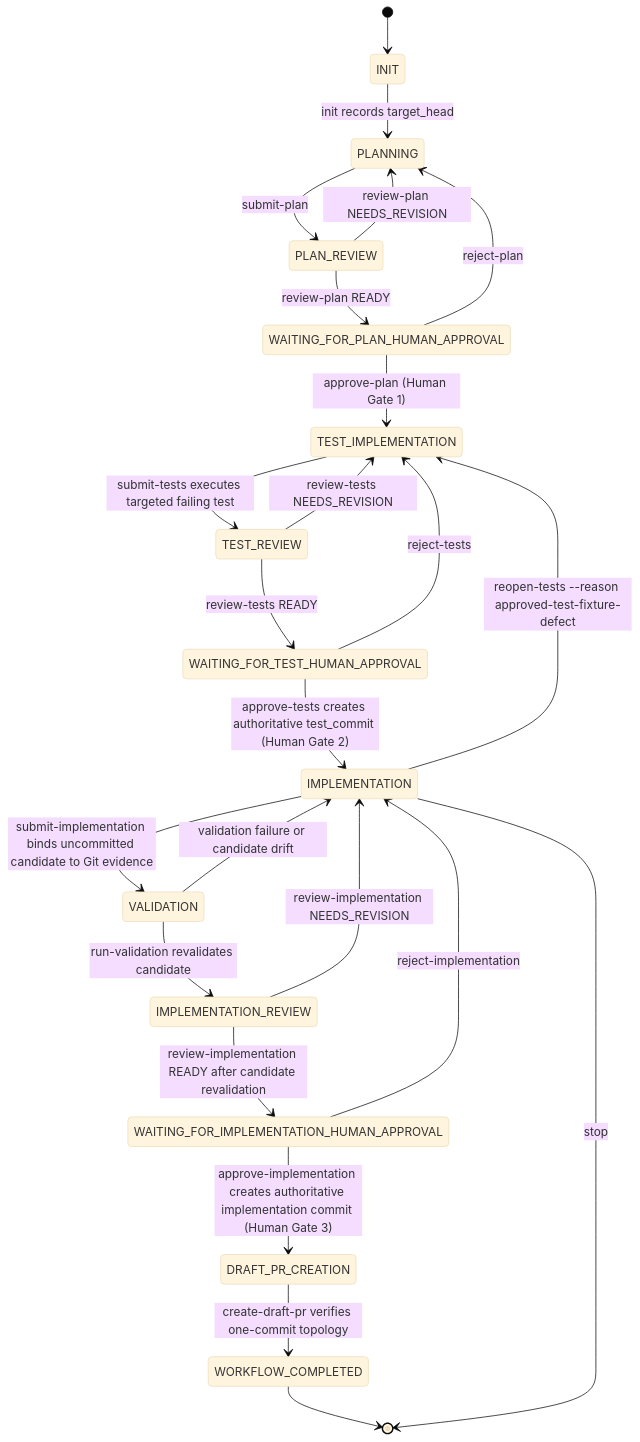
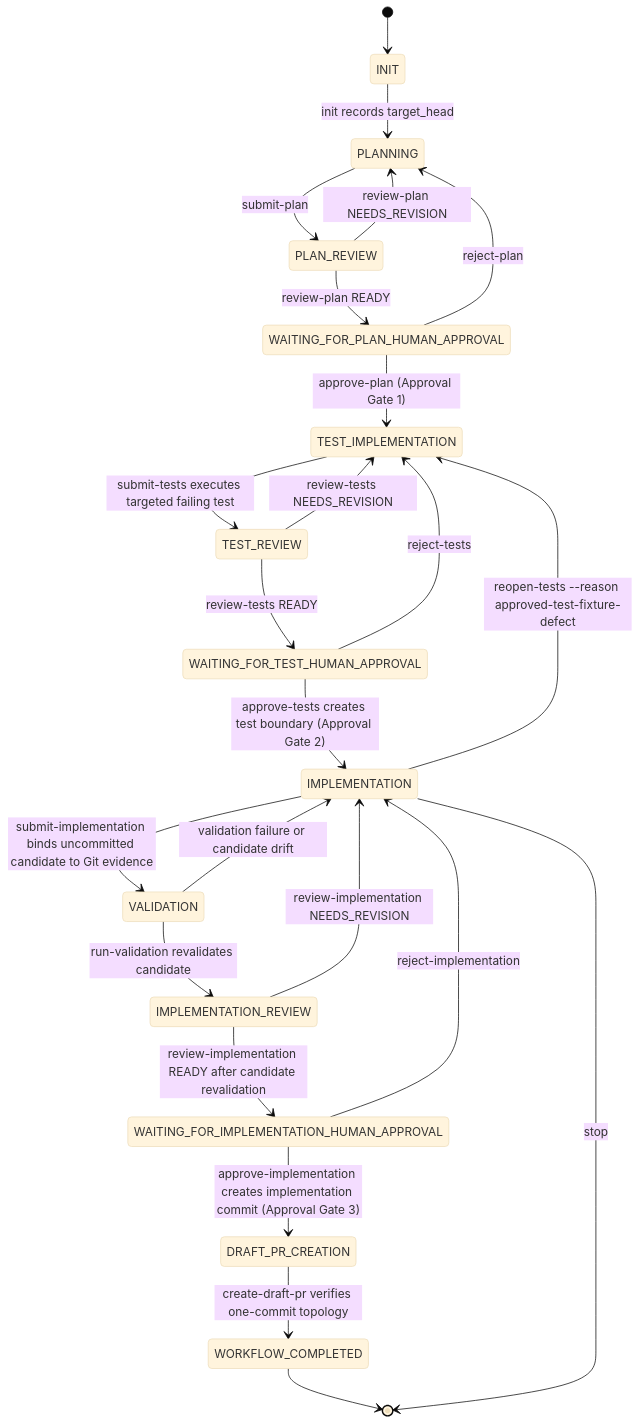
Before and after one commit to NathanZK/Fidenaut: the diagram in docs/engineering/agent-workflow.md, drawn with Mermaid (base theme). The commit also changed other lines of this file and 7 other files, not shown here.

````diff
--- a/docs/engineering/agent-workflow.md
+++ b/docs/engineering/agent-workflow.md
@@ -49,29 +51,29 @@
 ```mermaid
 stateDiagram-v2
     [*] --> INIT
     INIT --> PLANNING: init records target_head
     PLANNING --> PLAN_REVIEW: submit-plan
     PLAN_REVIEW --> WAITING_FOR_PLAN_HUMAN_APPROVAL: review-plan READY
     PLAN_REVIEW --> PLANNING: review-plan NEEDS_REVISION
-    WAITING_FOR_PLAN_HUMAN_APPROVAL --> TEST_IMPLEMENTATION: approve-plan (Human Gate 1)
+    WAITING_FOR_PLAN_HUMAN_APPROVAL --> TEST_IMPLEMENTATION: approve-plan (Approval Gate 1)
     WAITING_FOR_PLAN_HUMAN_APPROVAL --> PLANNING: reject-plan
 
     TEST_IMPLEMENTATION --> TEST_REVIEW: submit-tests executes targeted failing test
     TEST_REVIEW --> WAITING_FOR_TEST_HUMAN_APPROVAL: review-tests READY
     TEST_REVIEW --> TEST_IMPLEMENTATION: review-tests NEEDS_REVISION
-    WAITING_FOR_TEST_HUMAN_APPROVAL --> IMPLEMENTATION: approve-tests creates authoritative test_commit (Human Gate 2)
+    WAITING_FOR_TEST_HUMAN_APPROVAL --> IMPLEMENTATION: approve-tests creates test boundary (Approval Gate 2)
     WAITING_FOR_TEST_HUMAN_APPROVAL --> TEST_IMPLEMENTATION: reject-tests
 
     IMPLEMENTATION --> TEST_IMPLEMENTATION: reopen-tests --reason approved-test-fixture-defect
     IMPLEMENTATION --> VALIDATION: submit-implementation binds uncommitted candidate to Git evidence
     VALIDATION --> IMPLEMENTATION_REVIEW: run-validation revalidates candidate
     VALIDATION --> IMPLEMENTATION: validation failure or candidate drift
     IMPLEMENTATION_REVIEW --> WAITING_FOR_IMPLEMENTATION_HUMAN_APPROVAL: review-implementation READY after candidate revalidation
     IMPLEMENTATION_REVIEW --> IMPLEMENTATION: review-implementation NEEDS_REVISION
-    WAITING_FOR_IMPLEMENTATION_HUMAN_APPROVAL --> DRAFT_PR_CREATION: approve-implementation creates authoritative implementation commit (Human Gate 3)
+    WAITING_FOR_IMPLEMENTATION_HUMAN_APPROVAL --> DRAFT_PR_CREATION: approve-implementation creates implementation commit (Approval Gate 3)
     WAITING_FOR_IMPLEMENTATION_HUMAN_APPROVAL --> IMPLEMENTATION: reject-implementation
 
     DRAFT_PR_CREATION --> WORKFLOW_COMPLETED: create-draft-pr verifies one-commit topology
     WORKFLOW_COMPLETED --> [*]
     IMPLEMENTATION --> [*]: stop
 ```
````
